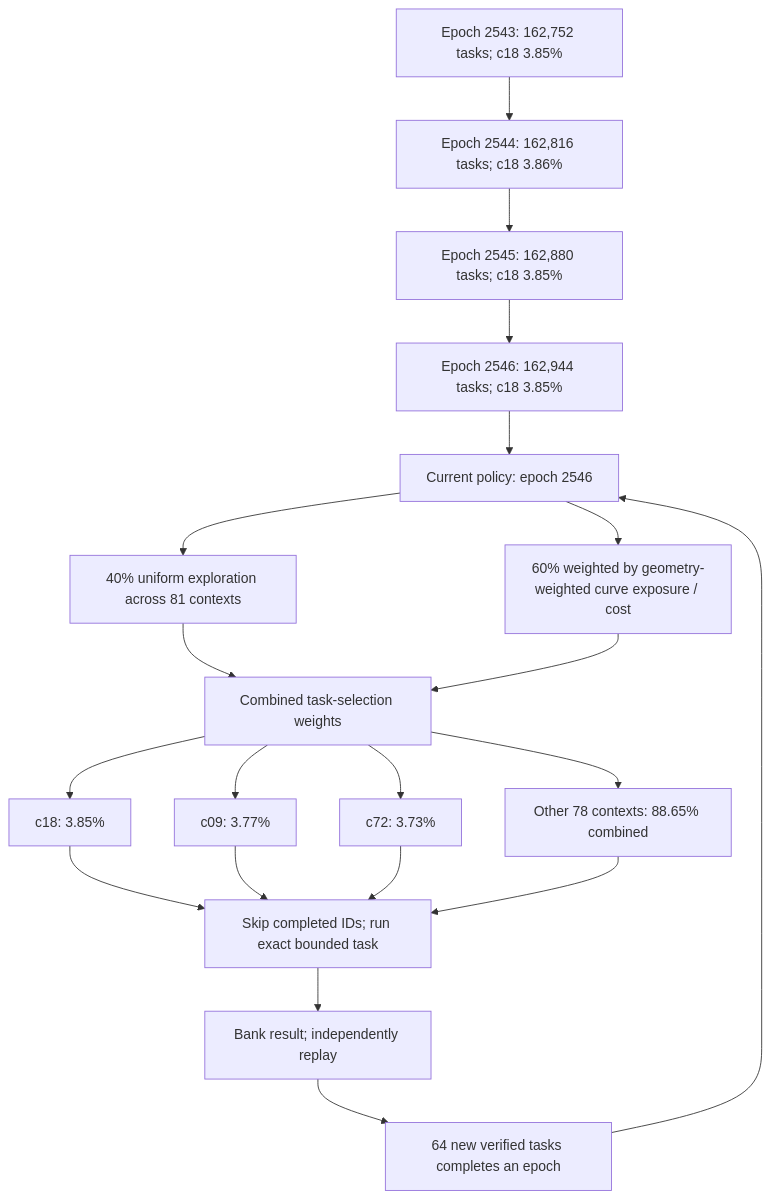
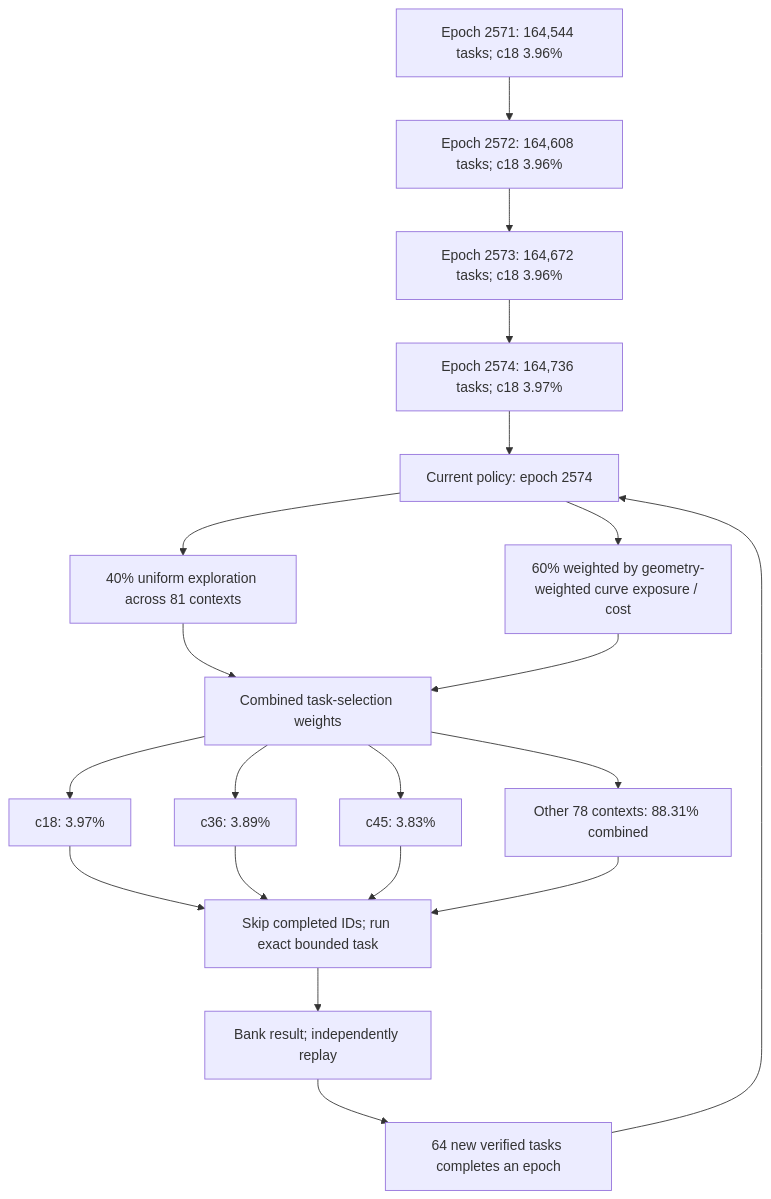
One commit to Kuberwastaken/math-gambling changed the first of 3 diagrams in README.md. Above: the diagram before and after it, drawn with Mermaid. The commit also changed other lines of this file and 3545 other files, not shown here.

````diff
--- a/README.md
+++ b/README.md
@@ -56,27 +56,27 @@
 ```mermaid
 flowchart TD
-    H0["Epoch 2543: 162,752 tasks; c18 3.85%"]
-    H1["Epoch 2544: 162,816 tasks; c18 3.86%"]
+    H0["Epoch 2571: 164,544 tasks; c18 3.96%"]
+    H1["Epoch 2572: 164,608 tasks; c18 3.96%"]
     H0 --> H1
-    H2["Epoch 2545: 162,880 tasks; c18 3.85%"]
+    H2["Epoch 2573: 164,672 tasks; c18 3.96%"]
     H1 --> H2
-    H3["Epoch 2546: 162,944 tasks; c18 3.85%"]
+    H3["Epoch 2574: 164,736 tasks; c18 3.97%"]
     H2 --> H3
-    Policy["Current policy: epoch 2546"]
+    Policy["Current policy: epoch 2574"]
     H3 --> Policy
     Policy --> Explore["40% uniform exploration across 81 contexts"]
     Policy --> Cost["60% weighted by geometry-weighted curve exposure / cost"]
     Explore --> Mix["Combined task-selection weights"]
     Cost --> Mix
-    Mix --> C0["c18: 3.85%"]
-    Mix --> C1["c09: 3.77%"]
-    Mix --> C2["c72: 3.73%"]
-    Mix --> Rest["Other 78 contexts: 88.65% combined"]
+    Mix --> C0["c18: 3.97%"]
+    Mix --> C1["c36: 3.89%"]
+    Mix --> C2["c45: 3.83%"]
+    Mix --> Rest["Other 78 contexts: 88.31% combined"]
     C0 --> Check["Skip completed IDs; run exact bounded task"]
     C1 --> Check
     C2 --> Check
     Rest --> Check
     Check --> Replay["Bank result; independently replay"]
     Replay --> Gate["64 new verified tasks completes an epoch"]
     Gate --> Policy
 ```
````
